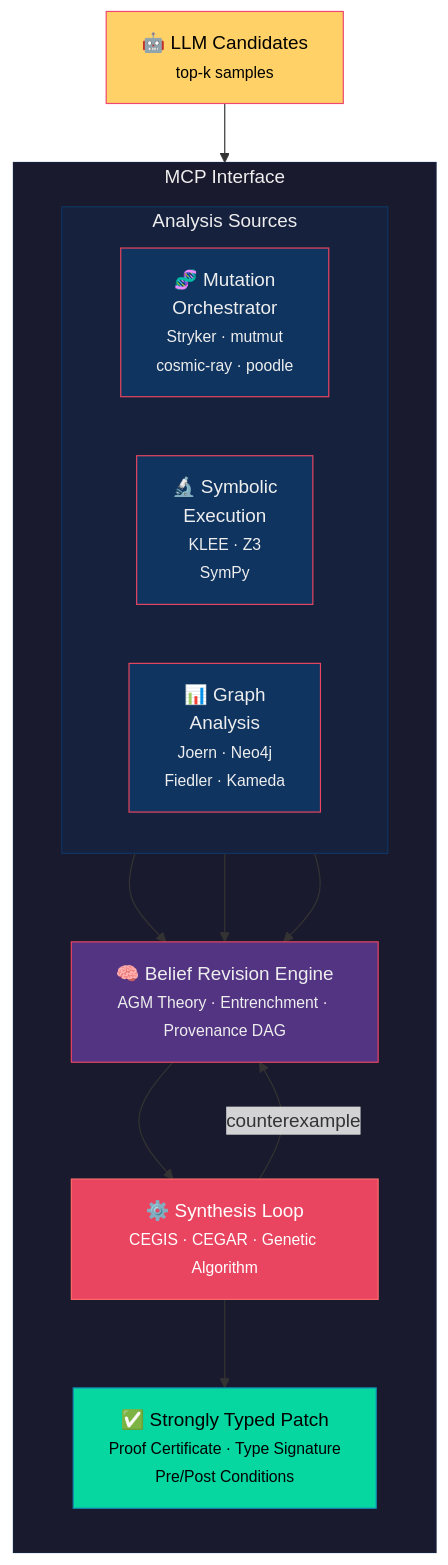
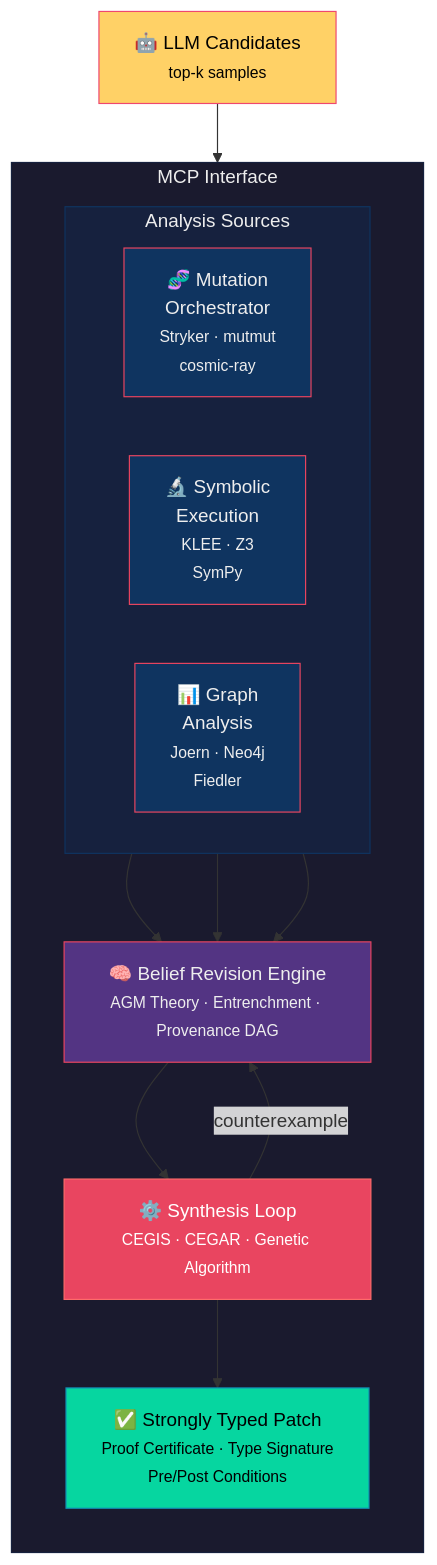
The diagram in README.md (egoughnour/curate-ipsum), drawn with Mermaid before and after one commit.

Commit message:
Fix formatting in README for analysis sources

````diff
--- a/README.md
+++ b/README.md
@@ -116,41 +116,41 @@
 ```mermaid
 flowchart TB
     subgraph MCP["MCP Interface"]
         direction TB
 
         subgraph Sources["Analysis Sources"]
             direction LR
-            MUT["🧬 Mutation<br/>Orchestrator<br/><small>Stryker · mutmut<br/>cosmic-ray · poodle</small>"]
+            MUT["🧬 Mutation<br/>Orchestrator<br/><small>Stryker · mutmut<br/>cosmic-ray</small>"]
             SYM["🔬 Symbolic<br/>Execution<br/><small>KLEE · Z3<br/>SymPy</small>"]
-            GRAPH["📊 Graph<br/>Analysis<br/><small>Joern · Neo4j<br/>Fiedler · Kameda</small>"]
+            GRAPH["📊 Graph<br/>Analysis<br/><small>Joern · Neo4j<br/>Fiedler</small>"]
         end
 
         MUT --> BRE
         SYM --> BRE
         GRAPH --> BRE
 
         BRE["🧠 Belief Revision Engine<br/><small>AGM Theory · Entrenchment · Provenance DAG</small>"]
 
         BRE --> SYNTH
 
         SYNTH["⚙️ Synthesis Loop<br/><small>CEGIS · CEGAR · Genetic Algorithm</small>"]
 
         SYNTH --> |"counterexample"| BRE
 
         SYNTH --> OUTPUT
 
         OUTPUT["✅ Strongly Typed Patch<br/><small>Proof Certificate · Type Signature<br/>Pre/Post Conditions</small>"]
     end
 
     LLM["🤖 LLM Candidates<br/><small>top-k samples</small>"] --> SYNTH
 
     style MCP fill:#1a1a2e,stroke:#16213e,color:#eee
     style Sources fill:#16213e,stroke:#0f3460,color:#eee
     style MUT fill:#0f3460,stroke:#e94560,color:#eee
     style SYM fill:#0f3460,stroke:#e94560,color:#eee
     style GRAPH fill:#0f3460,stroke:#e94560,color:#eee
     style BRE fill:#533483,stroke:#e94560,color:#eee
     style SYNTH fill:#e94560,stroke:#ff6b6b,color:#fff
     style OUTPUT fill:#06d6a0,stroke:#118ab2,color:#000
     style LLM fill:#ffd166,stroke:#ef476f,color:#000
 ```
````
